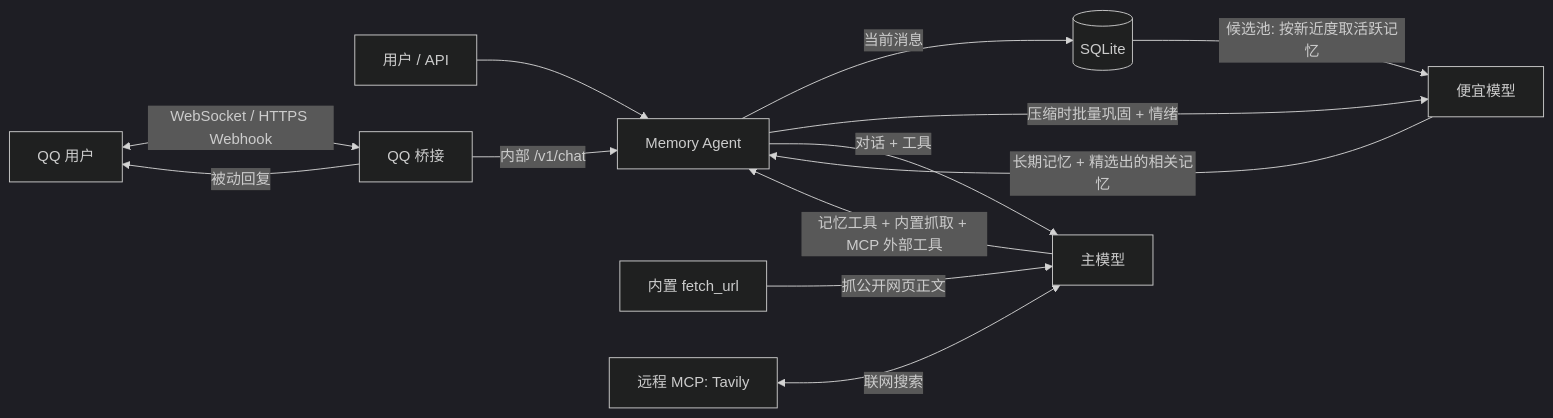
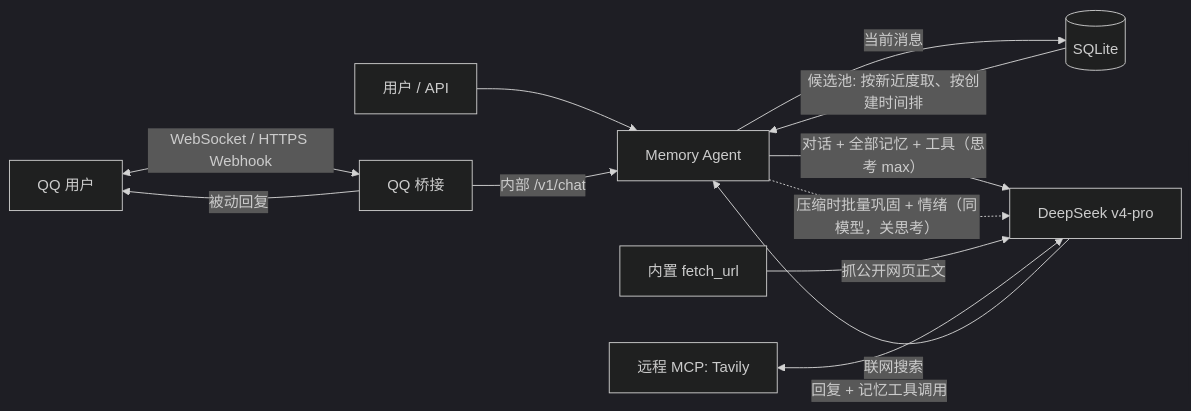
The diagram in README.md (VesperGlow/mneme), drawn with Mermaid (dark theme) before and after one commit. The commit also changed other lines of this file and 5 other files, not shown here.

````diff
--- a/README.md
+++ b/README.md
@@ -9,15 +9,14 @@
 ```mermaid
 flowchart LR
     U[用户 / API] --> A[Memory Agent]
     A -->|当前消息| N[(SQLite)]
-    N -->|候选池: 按新近度取活跃记忆| S
-    A -->|压缩时批量巩固 + 情绪| S[便宜模型]
-    A -->|对话 + 工具| L[主模型]
-    S -->|长期记忆 + 精选出的相关记忆| A
-    L -->|记忆工具 + 内置抓取 + MCP 外部工具| A
+    N -->|候选池: 按新近度取、按创建时间排| A
+    A -->|"对话 + 全部记忆 + 工具（思考 max）"| L[DeepSeek v4-pro]
+    A -.->|"压缩时批量巩固 + 情绪（同模型，关思考）"| L
+    L -->|回复 + 记忆工具调用| A
     F["内置 fetch_url"] -->|抓公开网页正文| L
     M["远程 MCP: Tavily"] <-->|联网搜索| L
     Q[QQ 用户] <-->|WebSocket / HTTPS Webhook| B[QQ 桥接]
     B -->|内部 /v1/chat| A
     B -->|被动回复| Q
 ```
````
